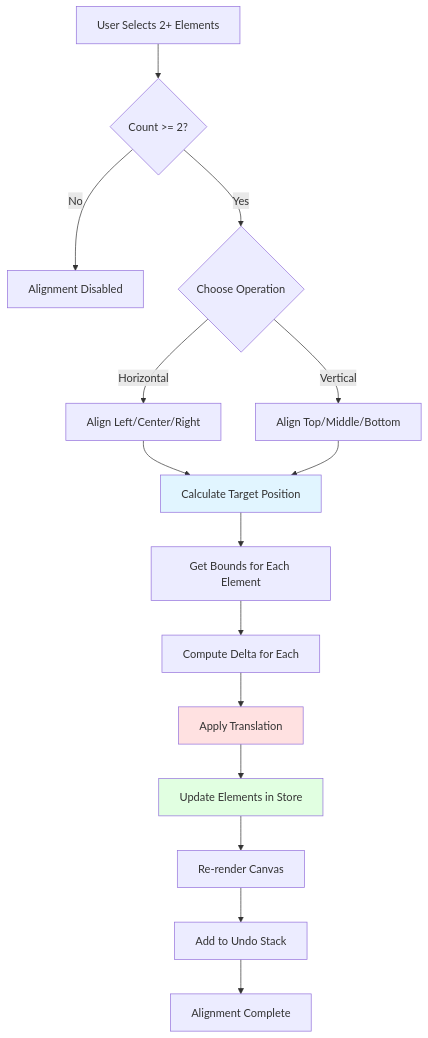
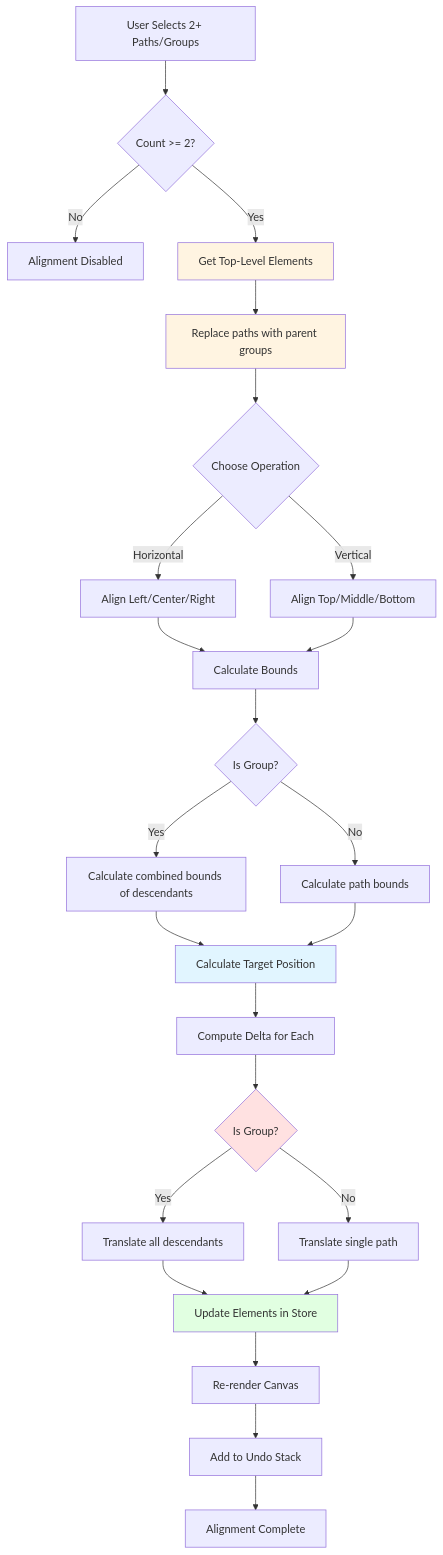
The diagram in doc/docs/features/alignment.md (ekrsulov/ttpe), drawn with Mermaid before and after one commit. The commit also changed other lines of this file and 6 other files, not shown here.

````diff
--- a/doc/docs/features/alignment.md
+++ b/doc/docs/features/alignment.md
@@ -42,25 +83,40 @@
 ```mermaid
 flowchart TD
-    Start[User Selects 2+ Elements] --> CheckCount{Count >= 2?}
+    Start[User Selects 2+ Paths/Groups] --> CheckCount{Count >= 2?}
     CheckCount -->|No| Disabled[Alignment Disabled]
-    CheckCount -->|Yes| ChooseOp{Choose Operation}
+    CheckCount -->|Yes| GetTopLevel[Get Top-Level Elements]
+    
+    GetTopLevel --> ReplaceWithGroups[Replace paths with parent groups]
+    ReplaceWithGroups --> ChooseOp{Choose Operation}
     
     ChooseOp -->|Horizontal| HAlign[Align Left/Center/Right]
     ChooseOp -->|Vertical| VAlign[Align Top/Middle/Bottom]
     
-    HAlign --> CalcTarget[Calculate Target Position]
-    VAlign --> CalcTarget
+    HAlign --> CalcBounds[Calculate Bounds]
+    VAlign --> CalcBounds
     
-    CalcTarget --> GetBounds[Get Bounds for Each Element]
-    GetBounds --> ComputeDelta[Compute Delta for Each]
+    CalcBounds --> GroupBounds{Is Group?}
+    GroupBounds -->|Yes| CombinedBounds[Calculate combined bounds of descendants]
+    GroupBounds -->|No| PathBounds[Calculate path bounds]
     
-    ComputeDelta --> ApplyTransform[Apply Translation]
-    ApplyTransform --> UpdateStore[Update Elements in Store]
+    CombinedBounds --> CalcTarget[Calculate Target Position]
+    PathBounds --> CalcTarget
+    
+    CalcTarget --> ComputeDelta[Compute Delta for Each]
+    ComputeDelta --> ApplyTransform{Is Group?}
+    
+    ApplyTransform -->|Yes| TranslateDescendants[Translate all descendants]
+    ApplyTransform -->|No| TranslatePath[Translate single path]
+    
+    TranslateDescendants --> UpdateStore[Update Elements in Store]
+    TranslatePath --> UpdateStore
     UpdateStore --> Render[Re-render Canvas]
     Render --> Undo[Add to Undo Stack]
     Undo --> End[Alignment Complete]
     
+    style GetTopLevel fill:#fff4e1
+    style ReplaceWithGroups fill:#fff4e1
     style CalcTarget fill:#e1f5ff
     style ApplyTransform fill:#ffe1e1
     style UpdateStore fill:#e1ffe1
 ```
````
